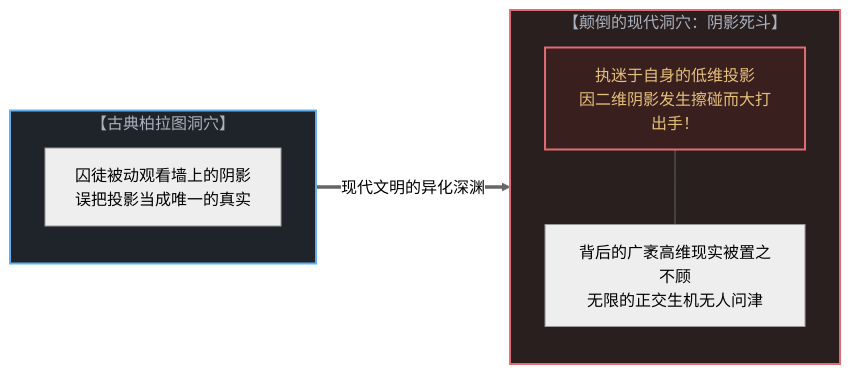
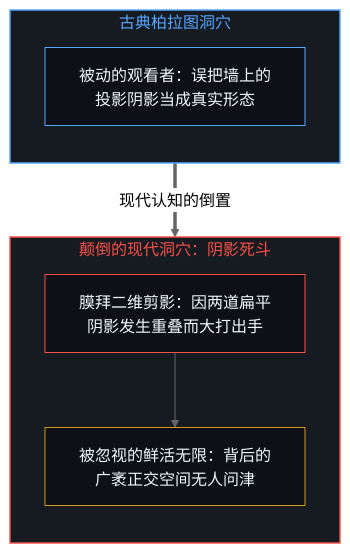
The seventh of 10 diagrams in content/posts/the-shadow-and-the-infinite.md (powerpig99/not-a-toe), drawn with Mermaid (neutral theme) before and after one commit. The commit also changed other lines of this file and 19 other files, not shown here.

````diff
--- a/content/posts/the-shadow-and-the-infinite.md
+++ b/content/posts/the-shadow-and-the-infinite.md
@@ -259,18 +235,22 @@
 ```mermaid
-graph LR
-    subgraph PlatoOriginal["【古典柏拉图洞穴】"]
-        PrisonerA["囚徒被动观看墙上的阴影<br>误把投影当成唯一的真实"]
+flowchart TD
+    subgraph PlatoOriginal["古典柏拉图洞穴"]
+        direction TB
+        PrisonerA["被动的观看者：误把墙上的投影阴影当成真实形态"]
     end
 
-    subgraph InvertedCave["【颠倒的现代洞穴：阴影死斗】"]
-        ShadowClash["执迷于自身的低维投影<br>因二维阴影发生擦碰而大打出手！"]
-        IgnoredInfinity["背后的广袤高维现实被置之不顾<br>无限的正交生机无人问津"]
-        ShadowClash --- IgnoredInfinity
+    subgraph InvertedCave["颠倒的现代洞穴：阴影死斗"]
+        direction TB
+        ShadowClash["膜拜二维剪影：因两道扁平阴影发生重叠而大打出手"]
+        IgnoredInfinity["被忽视的鲜活无限：背后的广袤正交空间无人问津"]
+        ShadowClash --> IgnoredInfinity
     end
 
-    PlatoOriginal ==>|"现代文明的异化深渊"| InvertedCave
+    PrisonerA ==>|"现代认知的倒置"| ShadowClash
 
-    style PlatoOriginal fill:#1f242a,stroke:#61afef,stroke-width:2px,color:#abb2bf
-    style InvertedCave fill:#2a1f1f,stroke:#e06c75,stroke-width:2px,color:#abb2bf
-    style ShadowClash fill:#3a1f1f,stroke:#e06c75,stroke-width:2px,color:#e5c07b
+    style PlatoOriginal fill:#161b22,stroke:#58a6ff,stroke-width:1.5px,color:#58a6ff
+    style InvertedCave fill:#161b22,stroke:#f85149,stroke-width:1.5px,color:#f85149
+    style PrisonerA fill:#0d1117,stroke:#58a6ff,stroke-width:1px,color:#f0f6fc
+    style ShadowClash fill:#0d1117,stroke:#f85149,stroke-width:1px,color:#f0f6fc
+    style IgnoredInfinity fill:#0d1117,stroke:#d29922,stroke-width:1px,color:#f0f6fc
 ```
````
